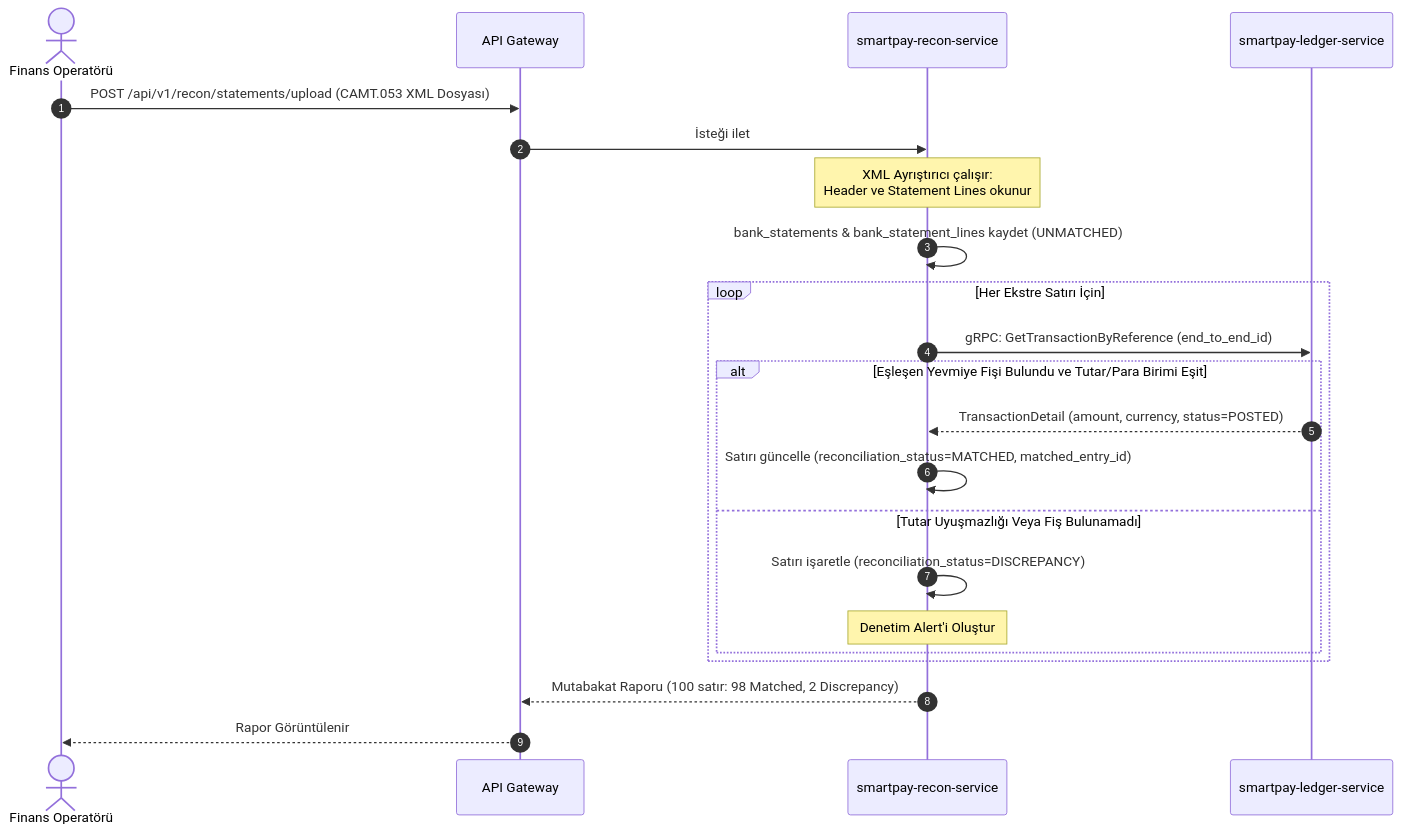
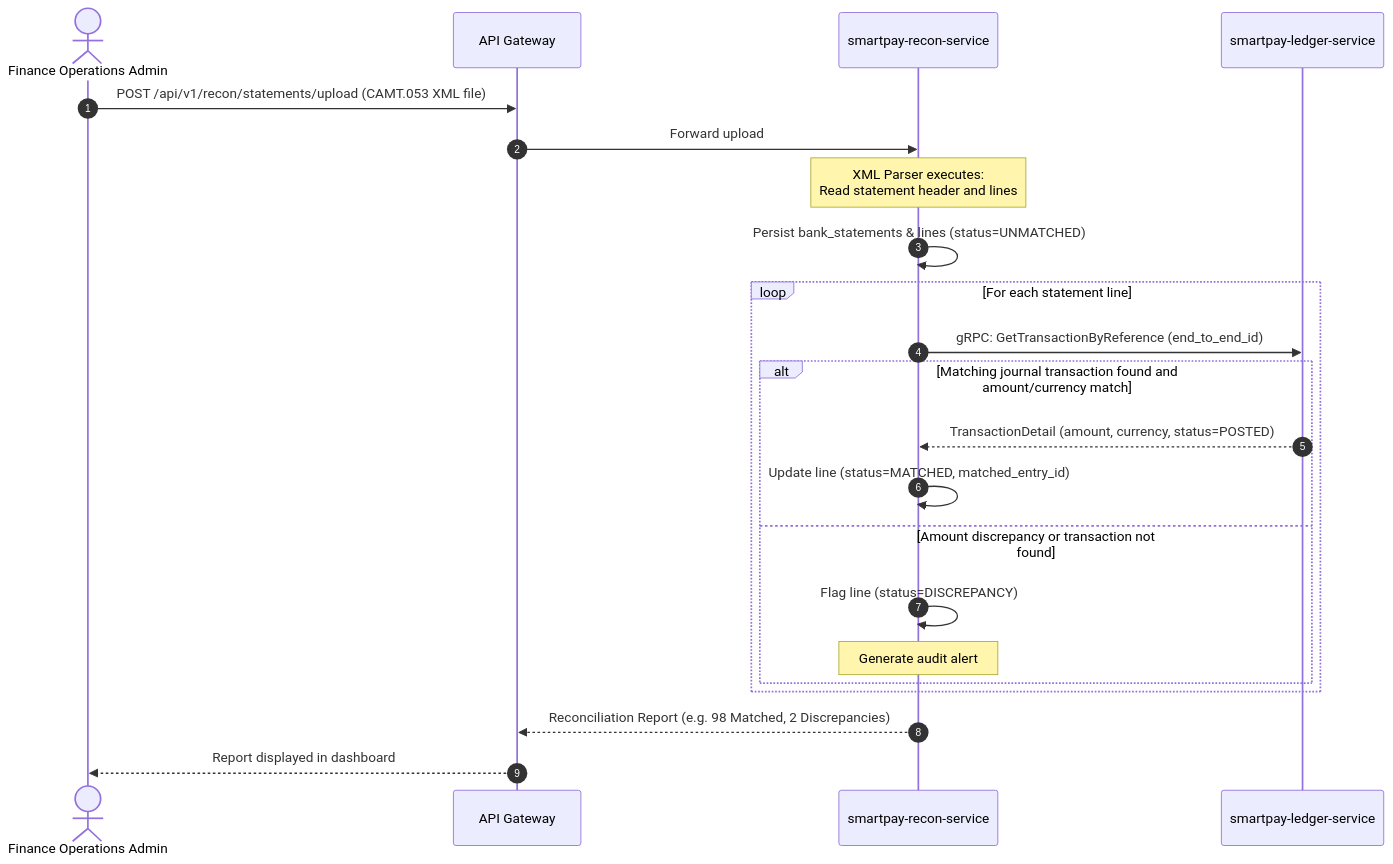
One commit to netologist/smartpay-system changed the third of 3 diagrams in docs/architecture/sequence-diagrams.md. Above: the diagram before and after it, drawn with Mermaid. The commit also changed other lines of this file and 22 other files, not shown here.

Commit message:
docs: translate all architecture docs, ADRs, story cards, and README to English

````diff
--- a/docs/architecture/sequence-diagrams.md
+++ b/docs/architecture/sequence-diagrams.md
@@ -85,28 +85,28 @@
 ```mermaid
 sequenceDiagram
     autonumber
-    actor Ops as Finans Operatörü
+    actor Ops as Finance Operations Admin
     participant Gateway as API Gateway
     participant ReconSvc as smartpay-recon-service
     participant LedgerSvc as smartpay-ledger-service
 
-    Ops->>Gateway: POST /api/v1/recon/statements/upload (CAMT.053 XML Dosyası)
-    Gateway->>ReconSvc: İsteği ilet
+    Ops->>Gateway: POST /api/v1/recon/statements/upload (CAMT.053 XML file)
+    Gateway->>ReconSvc: Forward upload
 
-    Note over ReconSvc: XML Ayrıştırıcı çalışır:<br/>Header ve Statement Lines okunur
-    ReconSvc->>ReconSvc: bank_statements & bank_statement_lines kaydet (UNMATCHED)
+    Note over ReconSvc: XML Parser executes:<br/>Read statement header and lines
+    ReconSvc->>ReconSvc: Persist bank_statements & lines (status=UNMATCHED)
 
-    loop Her Ekstre Satırı İçin
+    loop For each statement line
         ReconSvc->>LedgerSvc: gRPC: GetTransactionByReference (end_to_end_id)
-        alt Eşleşen Yevmiye Fişi Bulundu ve Tutar/Para Birimi Eşit
+        alt Matching journal transaction found and amount/currency match
             LedgerSvc-->>ReconSvc: TransactionDetail (amount, currency, status=POSTED)
-            ReconSvc->>ReconSvc: Satırı güncelle (reconciliation_status=MATCHED, matched_entry_id)
-        else Tutar Uyuşmazlığı Veya Fiş Bulunamadı
-            ReconSvc->>ReconSvc: Satırı işaretle (reconciliation_status=DISCREPANCY)
-            Note over ReconSvc: Denetim Alert'i Oluştur
+            ReconSvc->>ReconSvc: Update line (status=MATCHED, matched_entry_id)
+        else Amount discrepancy or transaction not found
+            ReconSvc->>ReconSvc: Flag line (status=DISCREPANCY)
+            Note over ReconSvc: Generate audit alert
         end
     end
 
-    ReconSvc-->>Gateway: Mutabakat Raporu (100 satır: 98 Matched, 2 Discrepancy)
-    Gateway-->>Ops: Rapor Görüntülenir
+    ReconSvc-->>Gateway: Reconciliation Report (e.g. 98 Matched, 2 Discrepancies)
+    Gateway-->>Ops: Report displayed in dashboard
 ```
````
